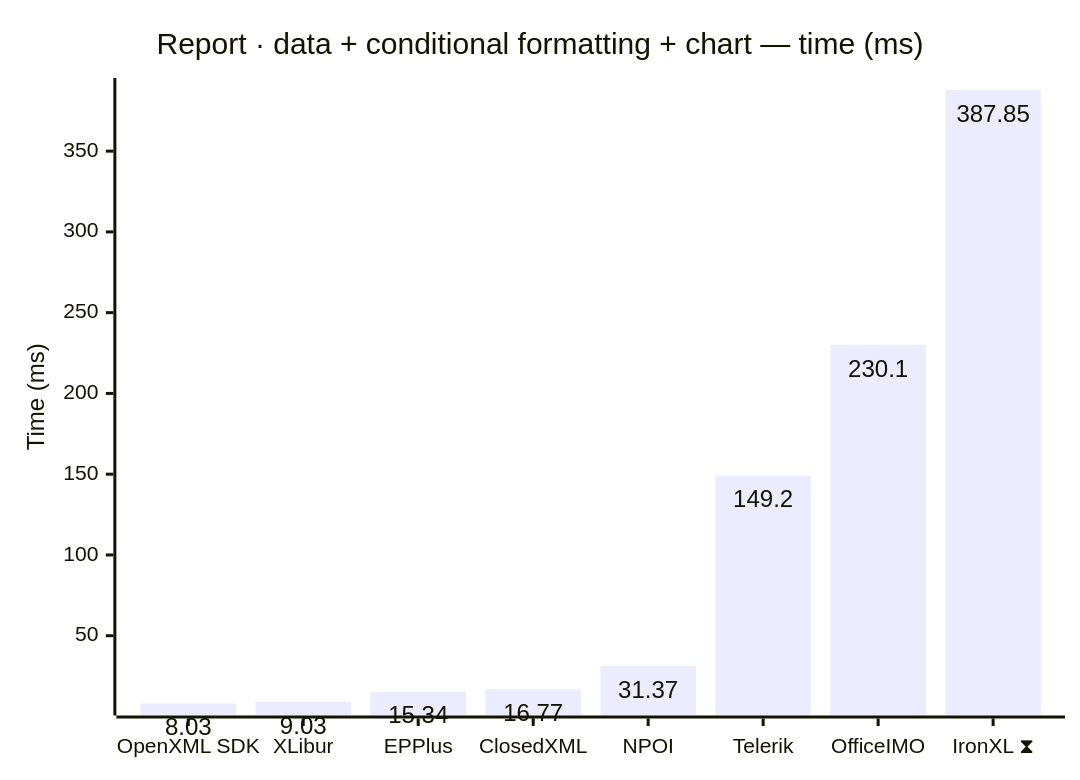
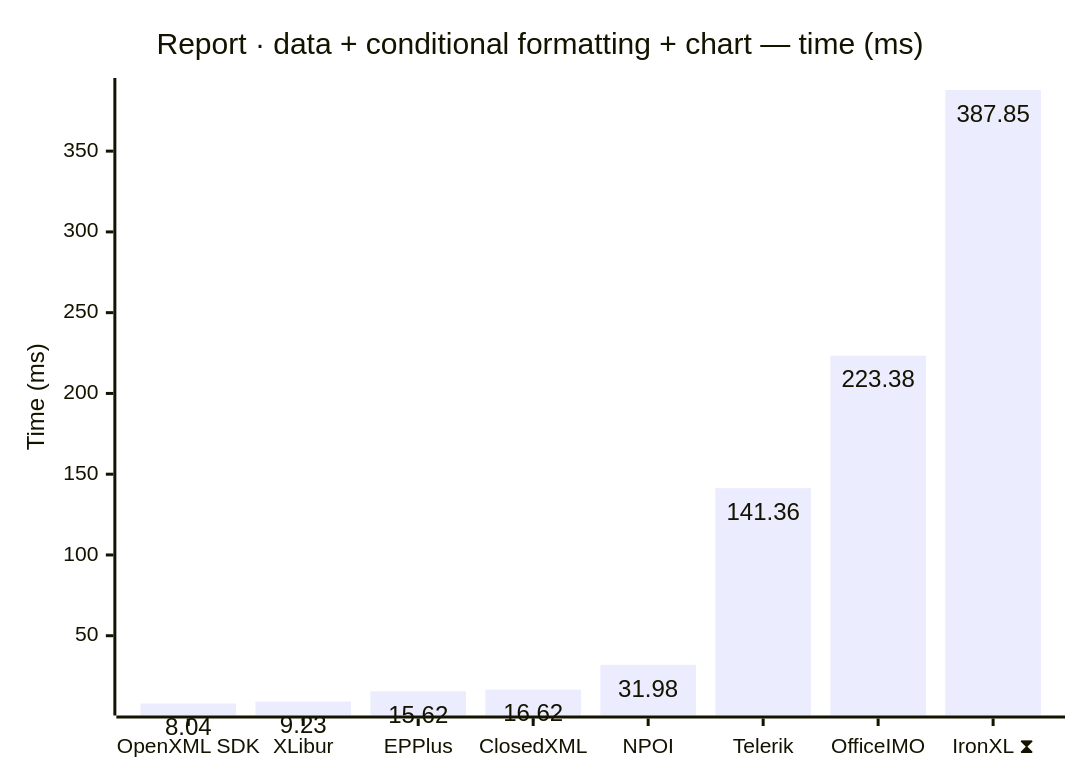
Before and after one commit to jafin/XLBench: the seventh of 12 diagrams in docs/results.md, drawn with Mermaid. The commit also changed other lines of this file and 11 other files, not shown here.

````diff
--- a/docs/results.md
+++ b/docs/results.md
@@ -119,12 +120,12 @@
 ```mermaid
 ---
 config:
   xyChart:
     showDataLabel: true
 ---
 xychart-beta
     title "Report · data + conditional formatting + chart — time (ms)"
     x-axis ["OpenXML SDK", "XLibur", "EPPlus", "ClosedXML", "NPOI", "Telerik", "OfficeIMO", "IronXL ⧗"]
     y-axis "Time (ms)"
-    bar [8.03, 9.03, 15.34, 16.77, 31.37, 149.2, 230.1, 387.85]
+    bar [8.04, 9.23, 15.62, 16.62, 31.98, 141.36, 223.38, 387.85]
 ```
````
